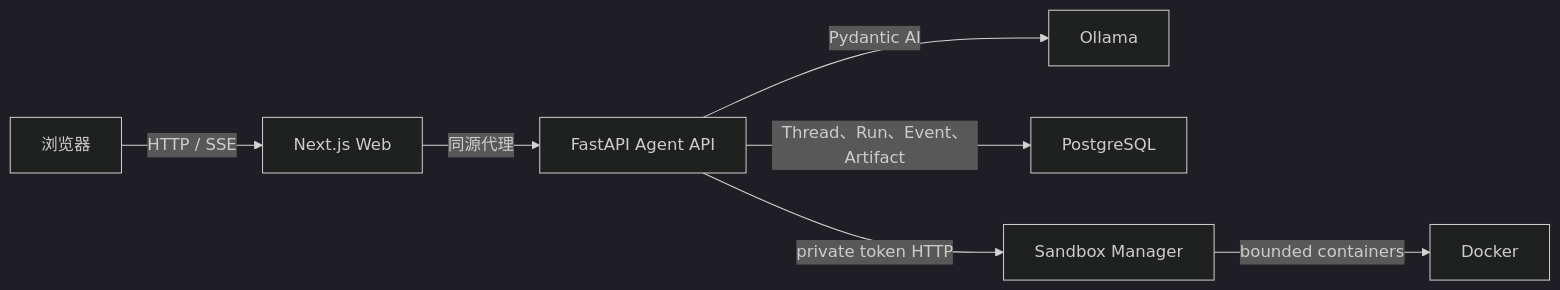
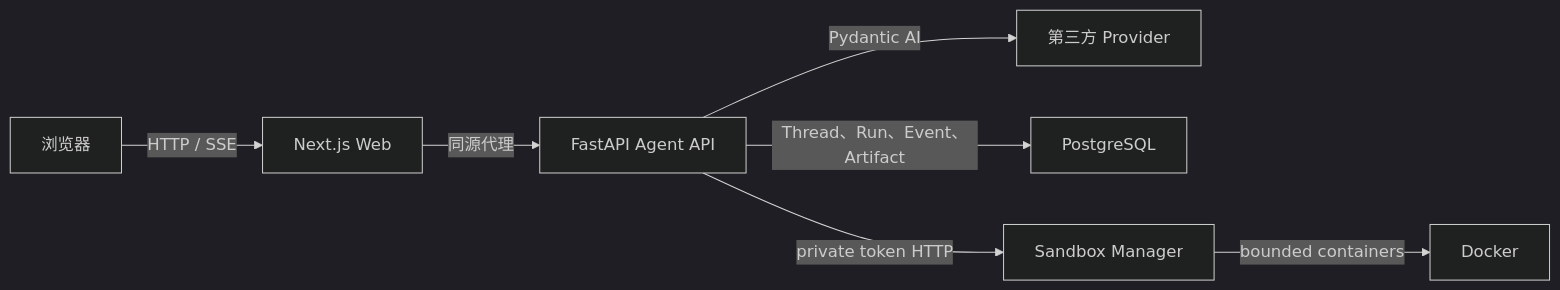
The diagram in README.zh-CN.md (TheHtmler/AgentOS), drawn with Mermaid (dark theme) before and after one commit. The commit also changed other lines of this file and 44 other files, not shown here.

````diff
--- a/README.zh-CN.md
+++ b/README.zh-CN.md
@@ -33,9 +33,9 @@
 ```mermaid
 flowchart LR
     Browser["浏览器"] -->|"HTTP / SSE"| Web["Next.js Web"]
     Web -->|"同源代理"| API["FastAPI Agent API"]
-    API -->|"Pydantic AI"| Ollama["Ollama"]
+    API -->|"Pydantic AI"| Provider["第三方 Provider"]
     API -->|"Thread、Run、Event、Artifact"| PostgreSQL["PostgreSQL"]
     API -->|"private token HTTP"| Sandbox["Sandbox Manager"]
     Sandbox -->|"bounded containers"| Docker["Docker"]
 ```
````
